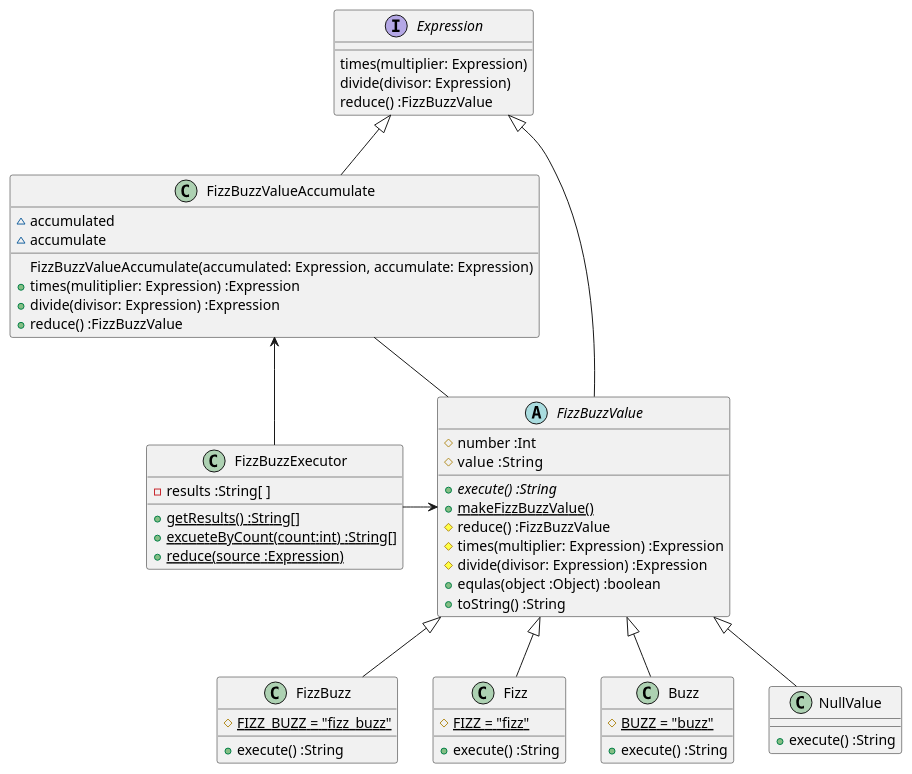
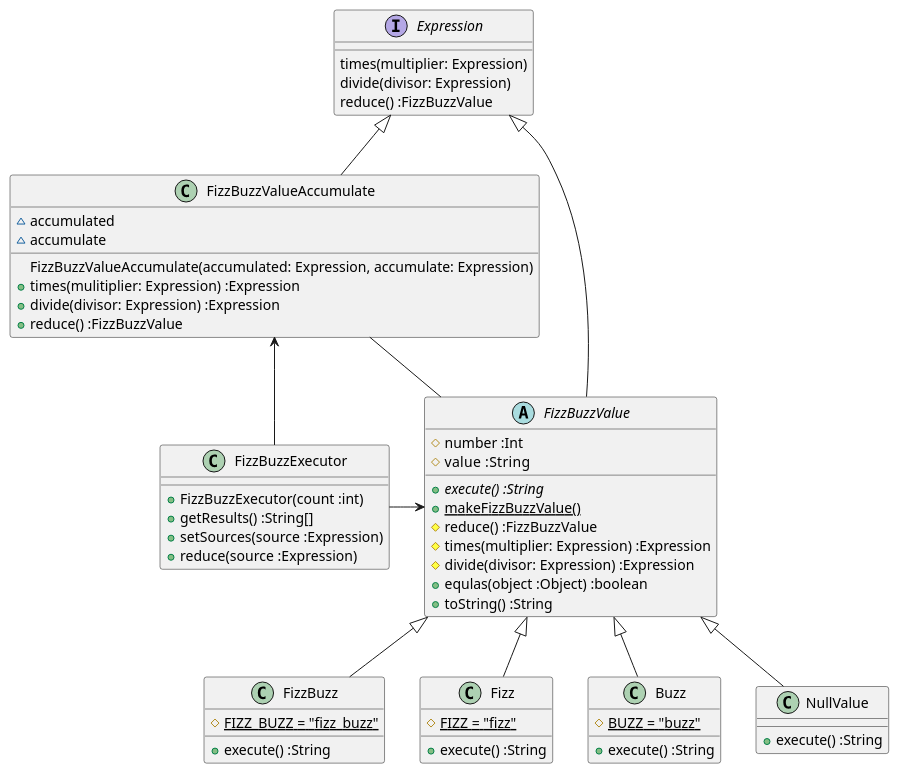
The first of 8 diagrams in docs/src/fizzbuzz.md (k2works/etude_for_java), drawn with PlantUML before and after one commit. The commit also changed other lines of this file and 11 other files, not shown here.

First line of the commit message:
FizzBuzz #EFJ-8

````diff
--- a/docs/src/fizzbuzz.md
+++ b/docs/src/fizzbuzz.md
@@ -39,59 +39,59 @@
 ```puml
 @startuml
 class FizzBuzzExecutor {
-  -results :String[ ]
-  +{static}getResults() :String[]  
-  +{static}excueteByCount(count:int) :String[]
-  +{static}reduce(source :Expression)
+  +FizzBuzzExecutor(count :int)
+  +getResults() :String[]
+  +setSources(source :Expression)
+  +reduce(source :Expression)
 }
 abstract class FizzBuzzValue {
   #number :Int
   #value  :String
   +{abstract}execute() :String
   +{static} makeFizzBuzzValue()
   #reduce() :FizzBuzzValue  
   #times(multiplier: Expression) :Expression
   #divide(divisor: Expression) :Expression
   +equlas(object :Object) :boolean
   +toString() :String
 }
 class FizzBuzz {
   #{static} FIZZ_BUZZ = "fizz_buzz"
   +execute() :String
 }
 class Fizz {
   #{static} FIZZ = "fizz"
   +execute() :String
 }
 class Buzz {
   #{static} BUZZ = "buzz"  
   +execute() :String  
 }
 class NullValue {
   +execute() :String  
 }
 class FizzBuzzValueAccumulate {
   ~accumulated
   ~accumulate
   FizzBuzzValueAccumulate(accumulated: Expression, accumulate: Expression)
   +times(mulitiplier: Expression) :Expression
   +divide(divisor: Expression) :Expression
   +reduce() :FizzBuzzValue  
 }
 interface Expression {
   times(multiplier: Expression)
   divide(divisor: Expression)
   reduce() :FizzBuzzValue
 }
 FizzBuzzExecutor -> FizzBuzzValue
 FizzBuzzValue <|-- Fizz
 FizzBuzzValue <|-- Buzz
 FizzBuzzValue <|-- FizzBuzz
 FizzBuzzValue <|-- NullValue
 FizzBuzzValueAccumulate -- FizzBuzzValue
 FizzBuzzValueAccumulate <- FizzBuzzExecutor
 Expression <|- FizzBuzzValue
 Expression <|-- FizzBuzzValueAccumulate
 
 @enduml
 ```
````
